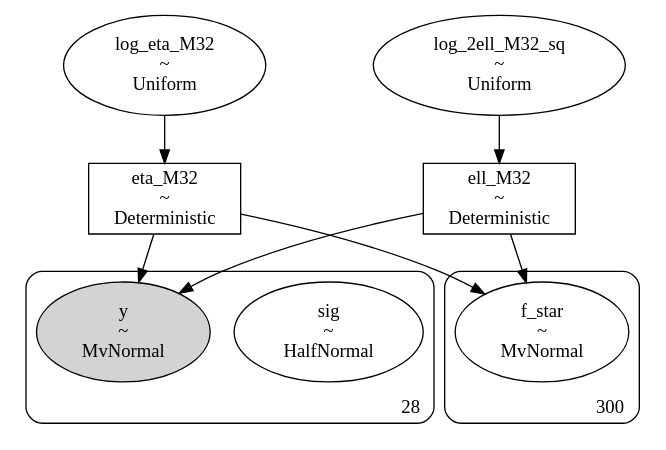
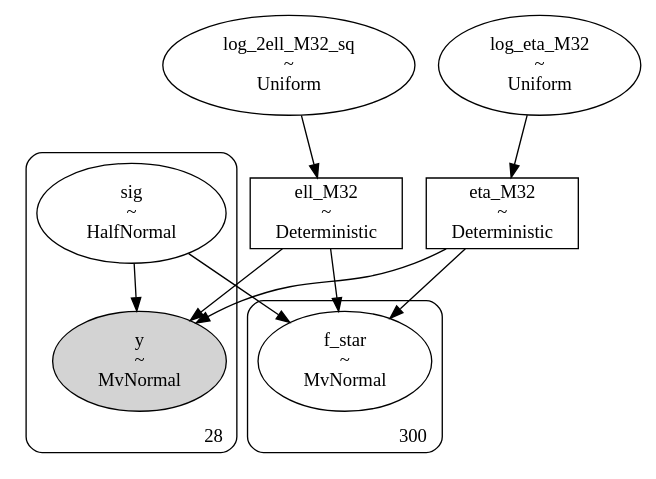
One commit to shihchingfu/gp-sandbox-thunderkat changed the diagram in dags/80_ra271.352_dec-29.642_MAXIJ1803TraPDB_andersson_m32_dag.dot. Above: the diagram before and after it, drawn with Graphviz. The commit also changed 12 other files, not shown here.

```diff
--- a/dags/80_ra271.352_dec-29.642_MAXIJ1803TraPDB_andersson_m32_dag.dot
+++ b/dags/80_ra271.352_dec-29.642_MAXIJ1803TraPDB_andersson_m32_dag.dot
@@ -1,35 +1,37 @@
 digraph {
-	log_2ell_M32_sq [label="log_2ell_M32_sq
-~
-Uniform" shape=ellipse]
-	eta_M32 [label="eta_M32
+	ell_M32 [label="ell_M32
 ~
 Deterministic" shape=box]
 	log_eta_M32 [label="log_eta_M32
 ~
 Uniform" shape=ellipse]
-	ell_M32 [label="ell_M32
+	log_2ell_M32_sq [label="log_2ell_M32_sq
+~
+Uniform" shape=ellipse]
+	eta_M32 [label="eta_M32
 ~
 Deterministic" shape=box]
 	subgraph cluster28 {
 		sig [label="sig
 ~
 HalfNormal" shape=ellipse]
 		y [label="y
 ~
 MvNormal" shape=ellipse style=filled]
 		label=28 labeljust=r labelloc=b style=rounded
 	}
 	subgraph cluster300 {
 		f_star [label="f_star
 ~
 MvNormal" shape=ellipse]
 		label=300 labeljust=r labelloc=b style=rounded
 	}
 	log_2ell_M32_sq -> ell_M32
 	log_eta_M32 -> eta_M32
+	sig -> y
 	ell_M32 -> y
 	eta_M32 -> y
+	sig -> f_star
 	ell_M32 -> f_star
 	eta_M32 -> f_star
 }
```
